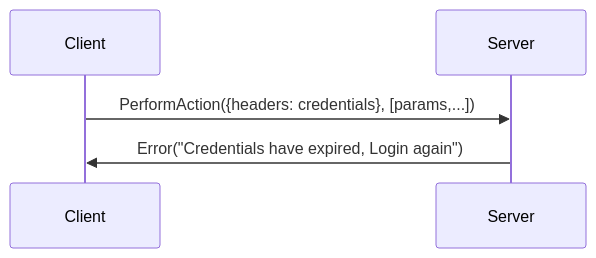
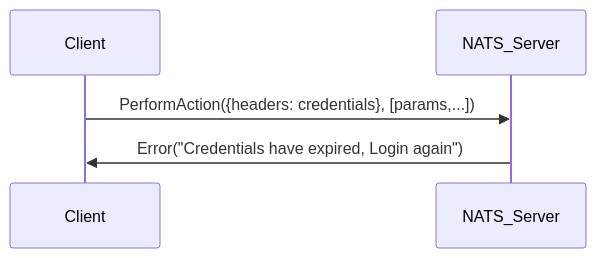
The eighth of 8 diagrams in kova/authentication/docs.md (adimian/kova), drawn with Mermaid before and after one commit. The commit also changed other lines of this file, not shown here.

````diff
--- a/kova/authentication/docs.md
+++ b/kova/authentication/docs.md
@@ -66,5 +66,5 @@
 ```mermaid
 sequenceDiagram
-    Client ->> Server: PerformAction({headers: credentials}, [params,...])
-    Server ->> Client: Error("Credentials have expired, Login again")
+    Client ->> NATS_Server: PerformAction({headers: credentials}, [params,...])
+    NATS_Server ->> Client: Error("Credentials have expired, Login again")
 ```
````
